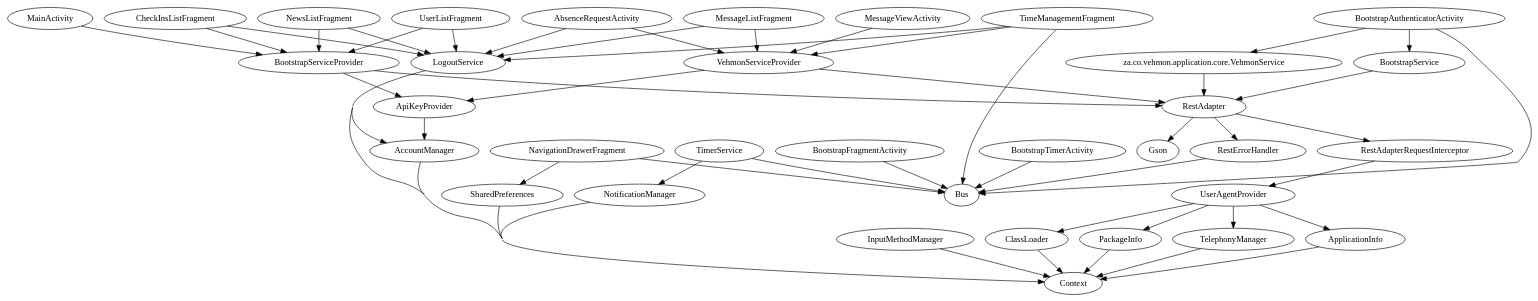
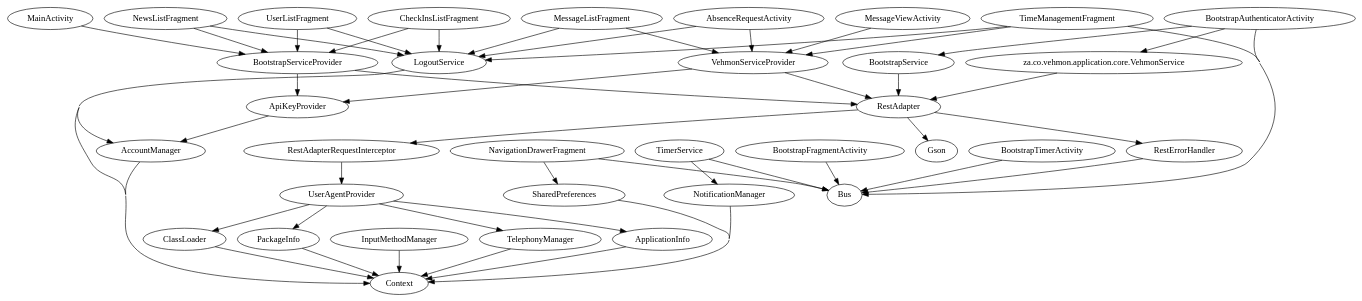
The diagram in app/build/intermediates/classes/debug/za/co/vehmon/application/RootModule.dot (Renaldobenji/android-vehmon), drawn with Graphviz before and after one commit. The commit also changed other lines of this file and 66 other files, not shown here.

```diff
--- a/app/build/intermediates/classes/debug/za/co/vehmon/application/RootModule.dot
+++ b/app/build/intermediates/classes/debug/za/co/vehmon/application/RootModule.dot
@@ -1,54 +1,54 @@
 digraph G1 {
   concentrate = true;
   AbsenceRequestActivity -> VehmonServiceProvider;
   AbsenceRequestActivity -> LogoutService;
   AccountManager -> Context;
   ApiKeyProvider -> AccountManager;
   ApplicationInfo -> Context;
   BootstrapAuthenticatorActivity -> Bus;
-  BootstrapAuthenticatorActivity -> BootstrapService;
   n2 [label="za.co.vehmon.application.core.VehmonService"];
   BootstrapAuthenticatorActivity -> n2;
+  BootstrapAuthenticatorActivity -> BootstrapService;
   BootstrapFragmentActivity -> Bus;
   BootstrapService -> RestAdapter;
   BootstrapServiceProvider -> ApiKeyProvider;
   BootstrapServiceProvider -> RestAdapter;
   BootstrapTimerActivity -> Bus;
   CheckInsListFragment -> BootstrapServiceProvider;
   CheckInsListFragment -> LogoutService;
   ClassLoader -> Context;
   InputMethodManager -> Context;
+  LogoutService -> Context;
   LogoutService -> AccountManager;
-  LogoutService -> Context;
   MainActivity -> BootstrapServiceProvider;
   MessageListFragment -> VehmonServiceProvider;
   MessageListFragment -> LogoutService;
   MessageViewActivity -> VehmonServiceProvider;
   NavigationDrawerFragment -> Bus;
   NavigationDrawerFragment -> SharedPreferences;
   NewsListFragment -> BootstrapServiceProvider;
   NewsListFragment -> LogoutService;
   NotificationManager -> Context;
   PackageInfo -> Context;
+  RestAdapter -> Gson;
+  RestAdapter -> RestErrorHandler;
   RestAdapter -> RestAdapterRequestInterceptor;
-  RestAdapter -> RestErrorHandler;
-  RestAdapter -> Gson;
   RestAdapterRequestInterceptor -> UserAgentProvider;
   RestErrorHandler -> Bus;
   SharedPreferences -> Context;
   TelephonyManager -> Context;
   TimeManagementFragment -> Bus;
   TimeManagementFragment -> VehmonServiceProvider;
   TimeManagementFragment -> LogoutService;
   TimerService -> Bus;
   TimerService -> NotificationManager;
   UserAgentProvider -> ApplicationInfo;
-  UserAgentProvider -> TelephonyManager;
   UserAgentProvider -> ClassLoader;
   UserAgentProvider -> PackageInfo;
+  UserAgentProvider -> TelephonyManager;
   UserListFragment -> BootstrapServiceProvider;
   UserListFragment -> LogoutService;
   VehmonServiceProvider -> ApiKeyProvider;
   VehmonServiceProvider -> RestAdapter;
   n2 -> RestAdapter;
 }
```
